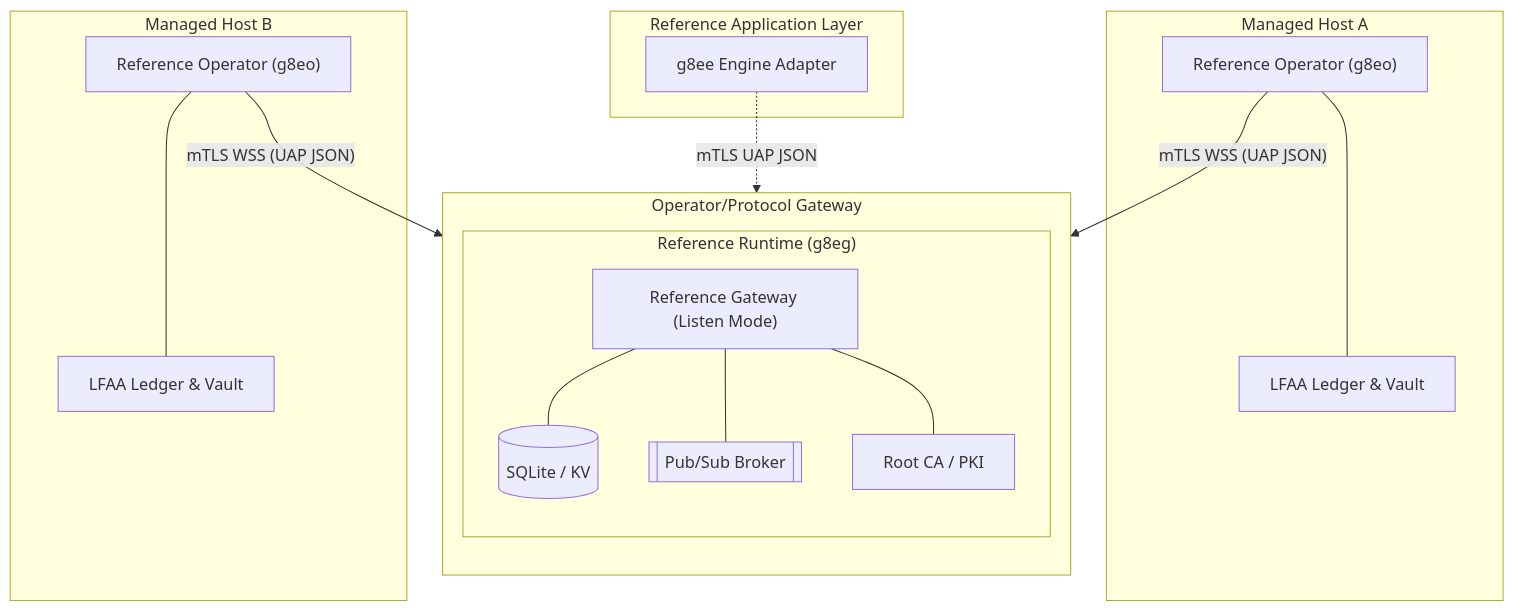
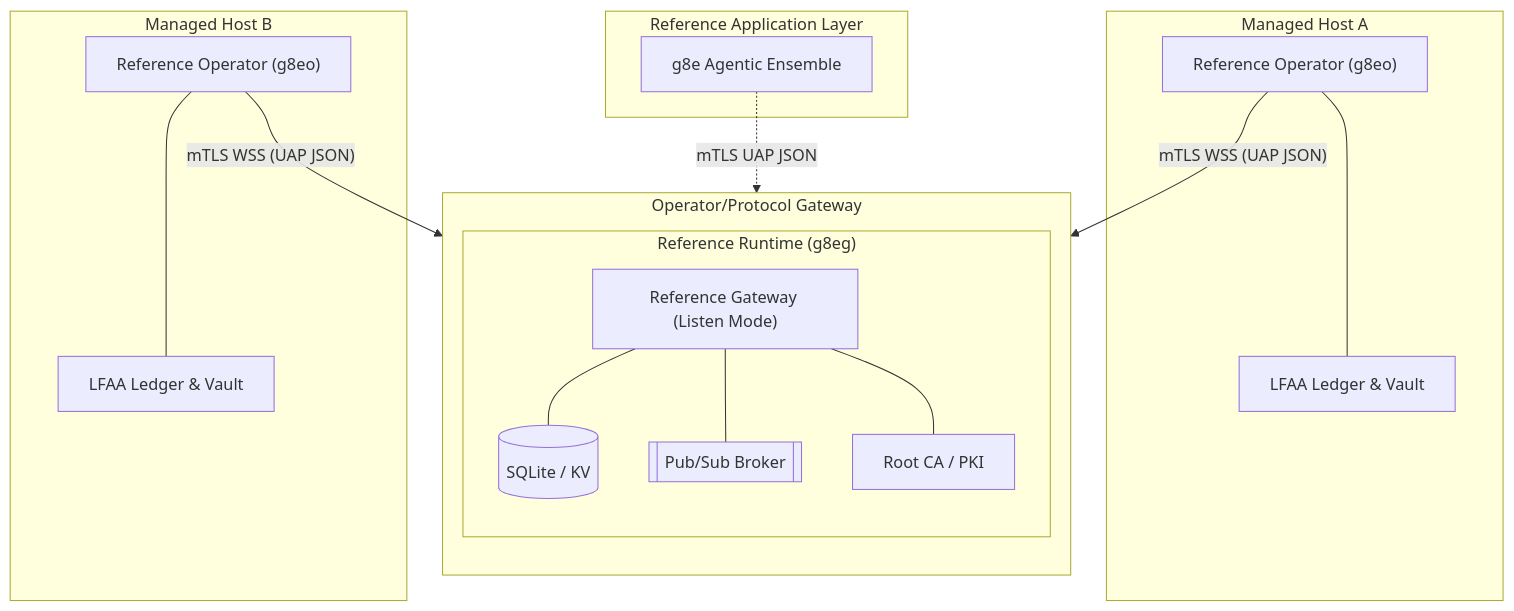
Before and after one commit to g8e-ai/g8e: the first of 2 diagrams in docs/g8eg.md, drawn with Mermaid. The commit also changed other lines of this file and 52 other files, not shown here.

````diff
--- a/docs/g8eg.md
+++ b/docs/g8eg.md
@@ -33,33 +33,33 @@
 ```mermaid
 flowchart TD
     subgraph Hub ["Operator/Protocol Gateway"]
         direction TB
         subgraph Persistence ["Reference Runtime (g8eg)"]
             listen["Reference Gateway (Listen Mode)"]
             db[("SQLite / KV")]
             ps[["Pub/Sub Broker"]]
             ca["Root CA / PKI"]
             
             listen --- db
             listen --- ps
             listen --- ca
         end
     end
 
     subgraph Apps ["Reference Application Layer"]
-        g8ee["g8ee Engine Adapter"]
+        g8ee["g8e Agentic Ensemble"]
     end
 
     g8ee -. "mTLS UAP JSON" .-> listen
 
     subgraph EP_A ["Managed Host A"]
         g8eoA["Reference Operator (g8eo)"] --- LFAA_A["LFAA Ledger & Vault"]
     end
 
     subgraph EP_B ["Managed Host B"]
         g8eoB["Reference Operator (g8eo)"] --- LFAA_B["LFAA Ledger & Vault"]
     end
 
     g8eoA -- "mTLS WSS (UAP JSON)" --> listen
     g8eoB -- "mTLS WSS (UAP JSON)" --> listen
 ```
````
